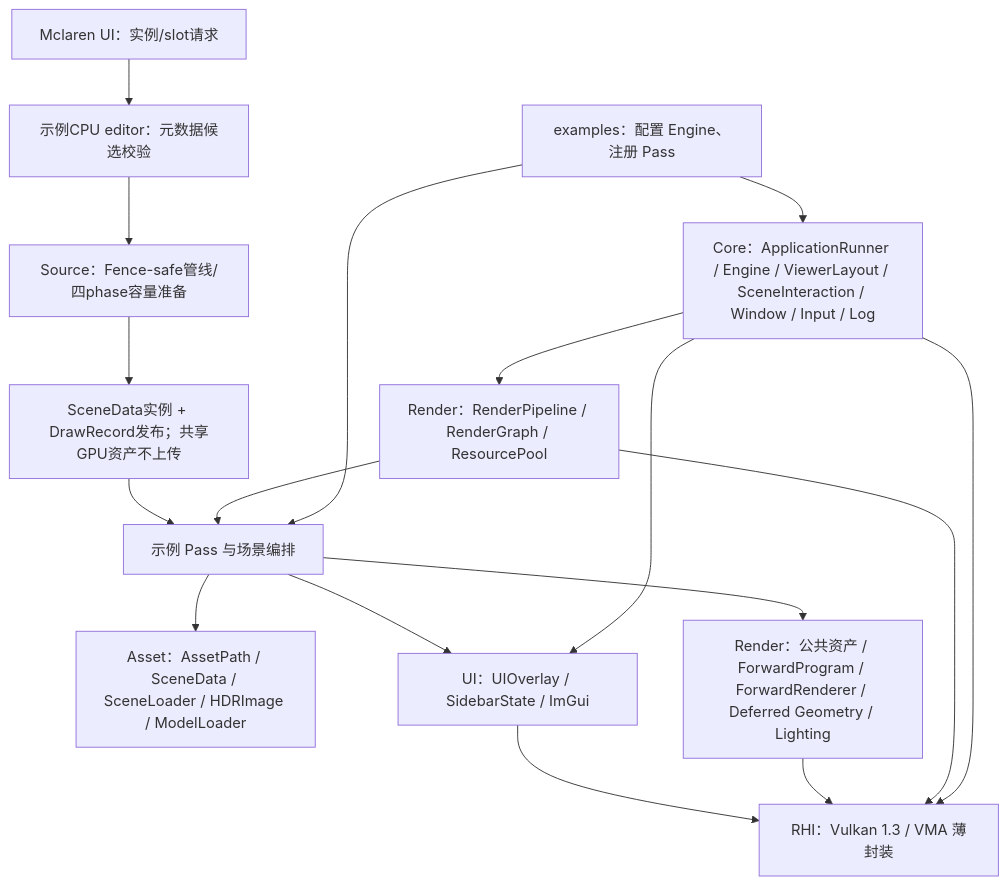
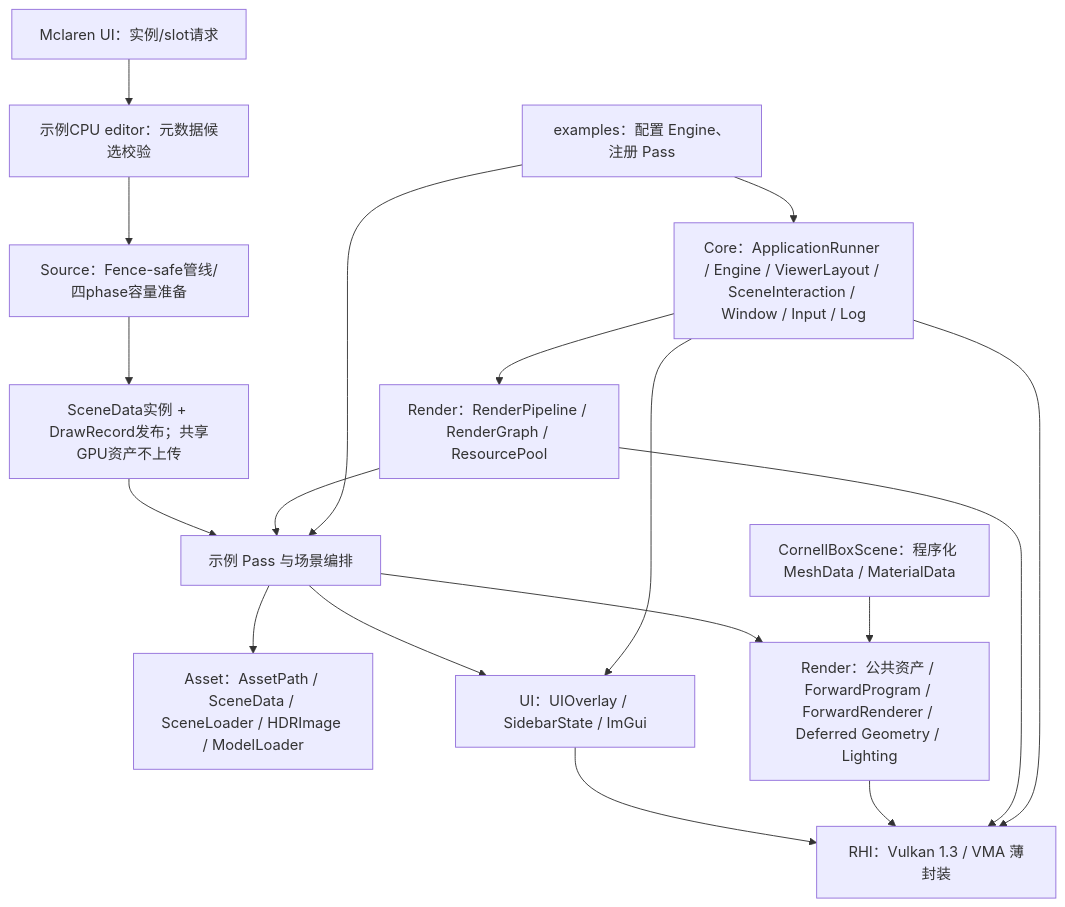
Before and after one commit to Cyberyb/KuEngine: the diagram in docs/design/00-overview.md, drawn with Mermaid. The commit also changed other lines of this file and 74 other files, not shown here.

````diff
--- a/docs/design/00-overview.md
+++ b/docs/design/00-overview.md
@@ -7,27 +7,28 @@
 ```mermaid
 flowchart TB
     App["examples：配置 Engine、注册 Pass"]
     Core["Core：ApplicationRunner / Engine / ViewerLayout / SceneInteraction / Window / Input / Log"]
     Schedule["Render：RenderPipeline / RenderGraph / ResourcePool"]
     Pass["示例 Pass 与场景编排"]
     Asset["Asset：AssetPath / SceneData / SceneLoader / HDRImage / ModelLoader"]
     Render["Render：公共资产 / ForwardProgram / ForwardRenderer / Deferred Geometry / Lighting"]
     UI["UI：UIOverlay / SidebarState / ImGui"]
     RHI["RHI：Vulkan 1.3 / VMA 薄封装"]
     App --> Core
     App --> Pass
     Core --> Schedule
     Core --> UI
     Core --> RHI
     Schedule --> Pass
     Schedule --> RHI
     Pass --> Asset
+    Procedural["CornellBoxScene：程序化 MeshData / MaterialData"] --> Render
     Pass --> Render
     Pass --> UI
     Edit["Mclaren UI：实例/slot请求"] --> Candidate["示例CPU editor：元数据候选校验"]
     Candidate --> Source["Source：Fence-safe管线/四phase容量准备"]
     Source --> Published["SceneData实例 + DrawRecord发布；共享GPU资产不上传"]
     Published --> Pass
     Render --> RHI
     UI --> RHI
 ```
````
